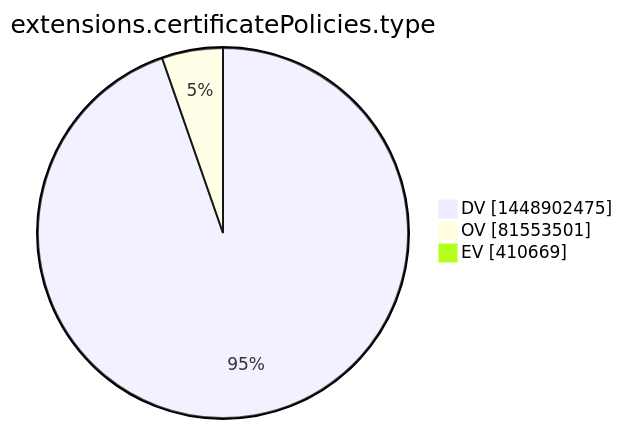
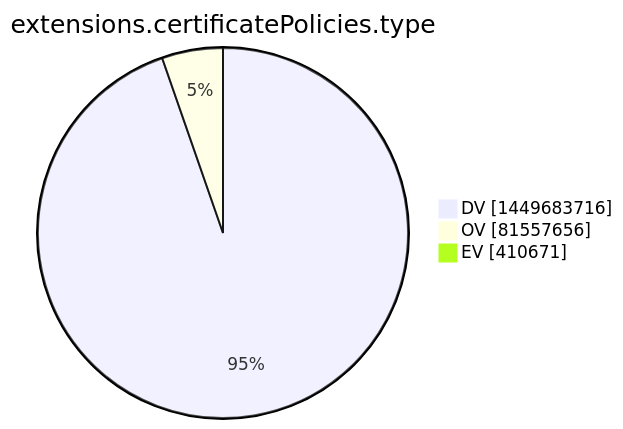
Before and after one commit to christiankrug/ctmonitor_visualization: the tenth of 15 diagrams in xenon2022/README.md, drawn with Mermaid. The commit also changed other lines of this file, not shown here.

````diff
--- a/xenon2022/README.md
+++ b/xenon2022/README.md
@@ -2870,7 +2870,7 @@
 ```mermaid
 pie showData
 title extensions.certificatePolicies.type
-"DV" :1448902475
-"OV" :81553501
-"EV" :410669
+"DV" :1449683716
+"OV" :81557656
+"EV" :410671
 ```
````
